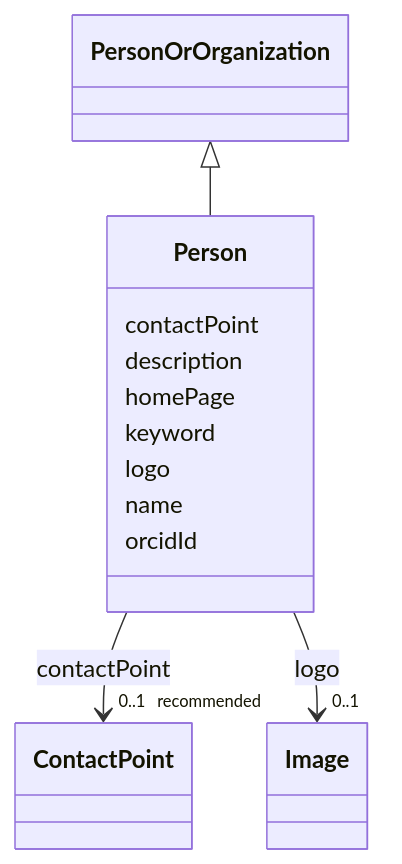
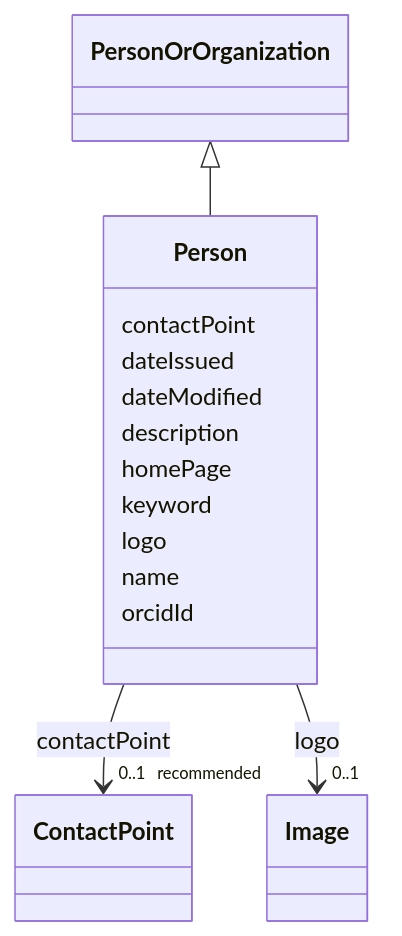
One commit to EVORA-project/evora-ontology changed the diagram in models/docs/Person.md. Above: the diagram before and after it, drawn with Mermaid. The commit also changed other lines of this file and 377 other files, not shown here.

````diff
--- a/models/docs/Person.md
+++ b/models/docs/Person.md
@@ -19,37 +19,41 @@
 ```mermaid
  classDiagram
     class Person
     click Person href "../Person"
       PersonOrOrganization <|-- Person
         click PersonOrOrganization href "../PersonOrOrganization"
       
       Person : contactPoint
         
           
     
     
     Person --> "0..1 _recommended_" ContactPoint : contactPoint
     click ContactPoint href "../ContactPoint"
 
+        
+      Person : dateIssued
+        
+      Person : dateModified
         
       Person : description
         
       Person : homePage
         
       Person : keyword
         
       Person : logo
         
           
     
     
     Person --> "0..1" Image : logo
     click Image href "../Image"
 
         
       Person : name
         
       Person : orcidId
         
       
 ```
````
